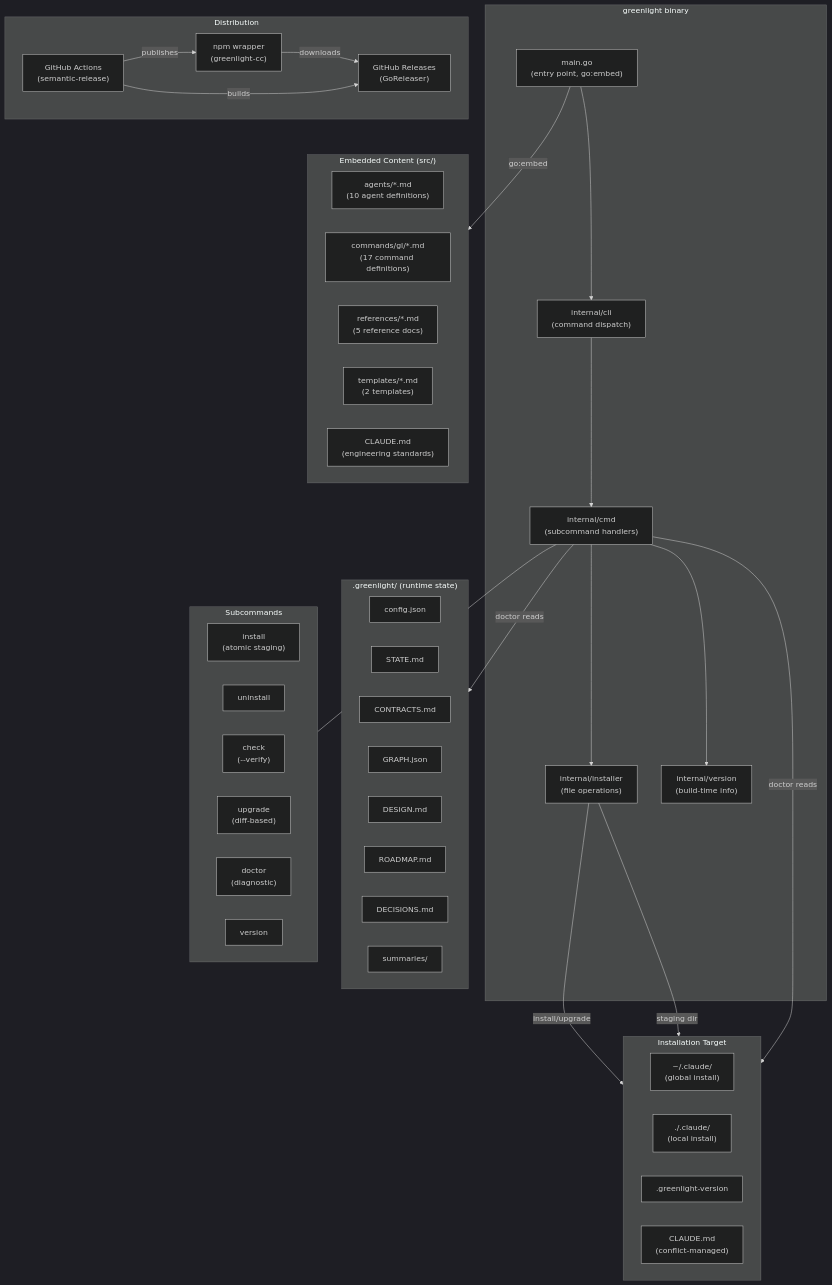
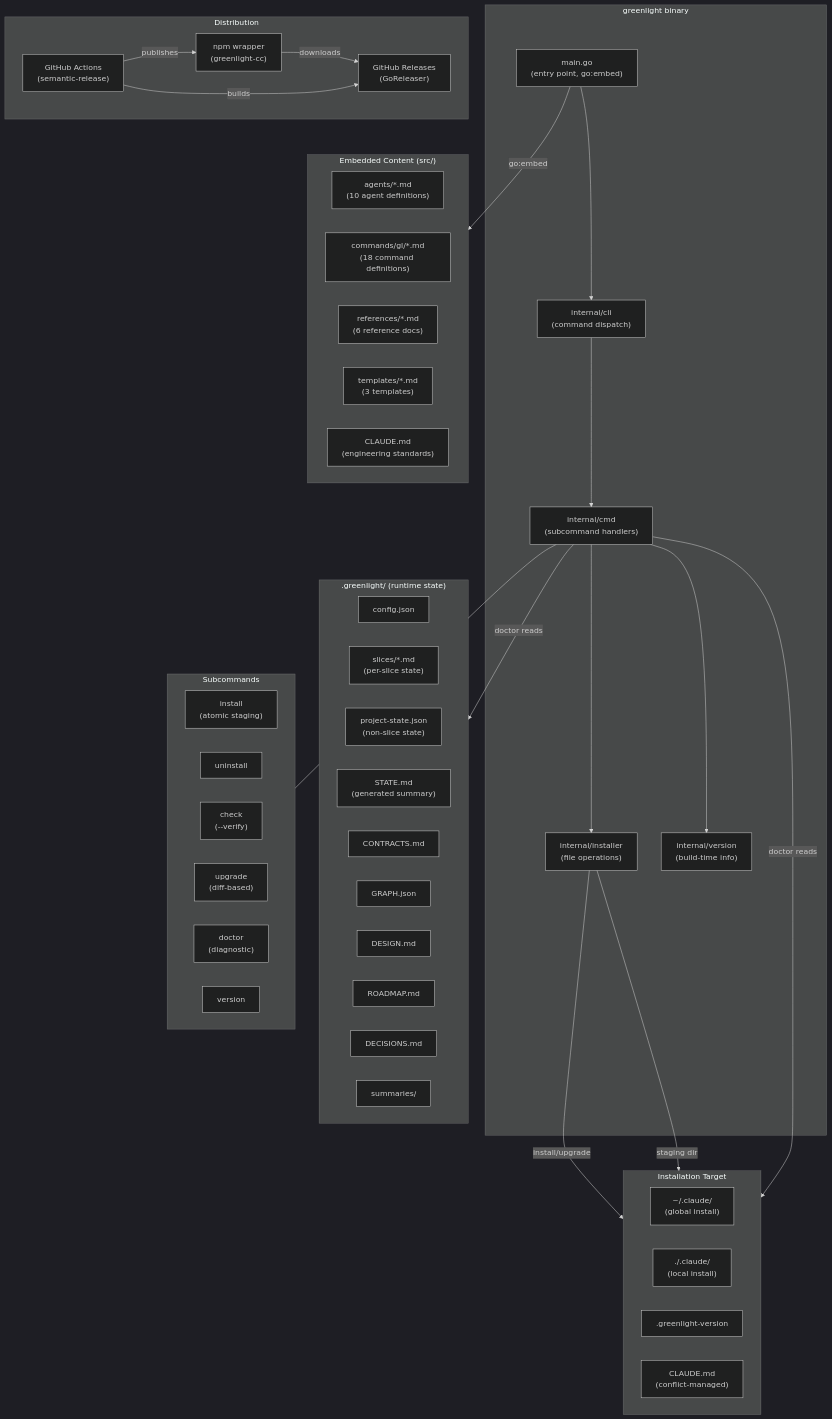
Before and after one commit to atlantic-blue/greenlight: the diagram in .greenlight/ROADMAP.md, drawn with Mermaid (dark theme). The commit also changed other lines of this file and 102 other files, not shown here.

````diff
--- a/.greenlight/ROADMAP.md
+++ b/.greenlight/ROADMAP.md
@@ -8,67 +8,69 @@
 ```mermaid
 graph TD
     subgraph Binary["greenlight binary"]
         Main["main.go<br/>(entry point, go:embed)"]
         CLI["internal/cli<br/>(command dispatch)"]
         CMD["internal/cmd<br/>(subcommand handlers)"]
         Installer["internal/installer<br/>(file operations)"]
         Version["internal/version<br/>(build-time info)"]
 
         Main --> CLI
         CLI --> CMD
         CMD --> Installer
         CMD --> Version
     end
 
     subgraph Embedded["Embedded Content (src/)"]
         Agents["agents/*.md<br/>(10 agent definitions)"]
-        Commands["commands/gl/*.md<br/>(17 command definitions)"]
-        References["references/*.md<br/>(5 reference docs)"]
-        Templates["templates/*.md<br/>(2 templates)"]
+        Commands["commands/gl/*.md<br/>(18 command definitions)"]
+        References["references/*.md<br/>(6 reference docs)"]
+        Templates["templates/*.md<br/>(3 templates)"]
         ClaudeMD["CLAUDE.md<br/>(engineering standards)"]
     end
 
     subgraph Target["Installation Target"]
         GlobalDir["~/.claude/<br/>(global install)"]
         LocalDir["./.claude/<br/>(local install)"]
         VersionFile[".greenlight-version"]
         ClaudeTarget["CLAUDE.md<br/>(conflict-managed)"]
     end
 
     subgraph Runtime[".greenlight/ (runtime state)"]
         Config["config.json"]
-        State["STATE.md"]
+        SlicesDir["slices/*.md<br/>(per-slice state)"]
+        ProjectState["project-state.json<br/>(non-slice state)"]
+        State["STATE.md<br/>(generated summary)"]
         Contracts["CONTRACTS.md"]
         Graph["GRAPH.json"]
         Design["DESIGN.md"]
         Roadmap["ROADMAP.md"]
         Decisions["DECISIONS.md"]
         Summaries["summaries/"]
     end
 
     subgraph Distribution["Distribution"]
         NPM["npm wrapper<br/>(greenlight-cc)"]
         GHReleases["GitHub Releases<br/>(GoReleaser)"]
         CI["GitHub Actions<br/>(semantic-release)"]
     end
 
     Main -->|"go:embed"| Embedded
     Installer -->|"install/upgrade"| Target
     Installer -->|"staging dir"| Target
     CMD -->|"doctor reads"| Target
     CMD -->|"doctor reads"| Runtime
     NPM -->|"downloads"| GHReleases
     CI -->|"builds"| GHReleases
     CI -->|"publishes"| NPM
 
     subgraph CMDDetail["Subcommands"]
         Install["install<br/>(atomic staging)"]
         Uninstall["uninstall"]
         Check["check<br/>(--verify)"]
         Upgrade["upgrade<br/>(diff-based)"]
         Doctor["doctor<br/>(diagnostic)"]
         VersionCmd["version"]
     end
 
     CMD --- CMDDetail
 ```
````
